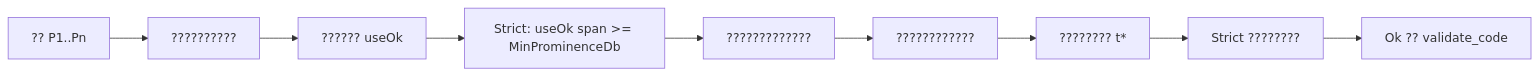
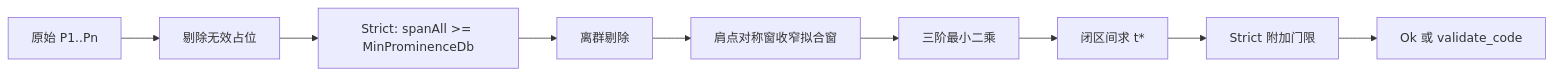
The second of 4 diagrams in M576Calibrator/Docs/PeakFinder.md (JacobLiou/Molex.OSBU.Module.M576Tool), drawn with Mermaid before and after one commit. The commit also changed other lines of this file and 34 other files, not shown here.

````diff
--- a/M576Calibrator/Docs/PeakFinder.md
+++ b/M576Calibrator/Docs/PeakFinder.md
@@ -103,11 +103,11 @@
 ```mermaid
 flowchart LR
-  raw[?? P1..Pn] --> invalid[??????????]
-  invalid --> outlier[?????? useOk]
-  outlier --> spanGate["Strict: useOk span >= MinProminenceDb"]
-  spanGate --> shoulder[?????????????]
-  shoulder --> cubic[????????????]
-  cubic --> tstar[???????? t*]
-  tstar --> gates["Strict ????????"]
-  gates --> ok[Ok ?? validate_code]
+  raw[原始 P1..Pn] --> invalid[剔除无效占位]
+  invalid --> spanGate["Strict: spanAll >= MinProminenceDb"]
+  spanGate --> outlier[离群剔除]
+  outlier --> shoulder[肩点对称窗收窄拟合窗]
+  shoulder --> cubic[三阶最小二乘]
+  cubic --> tstar[闭区间求 t*]
+  tstar --> gates["Strict 附加门限"]
+  gates --> ok[Ok 或 validate_code]
 ```
````
